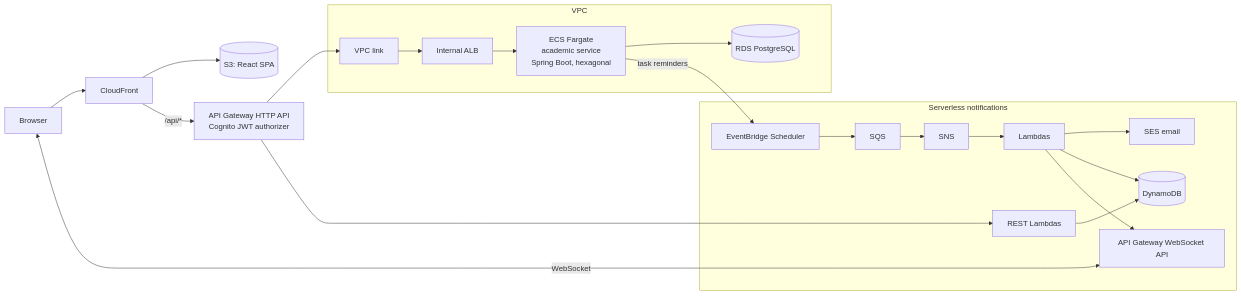
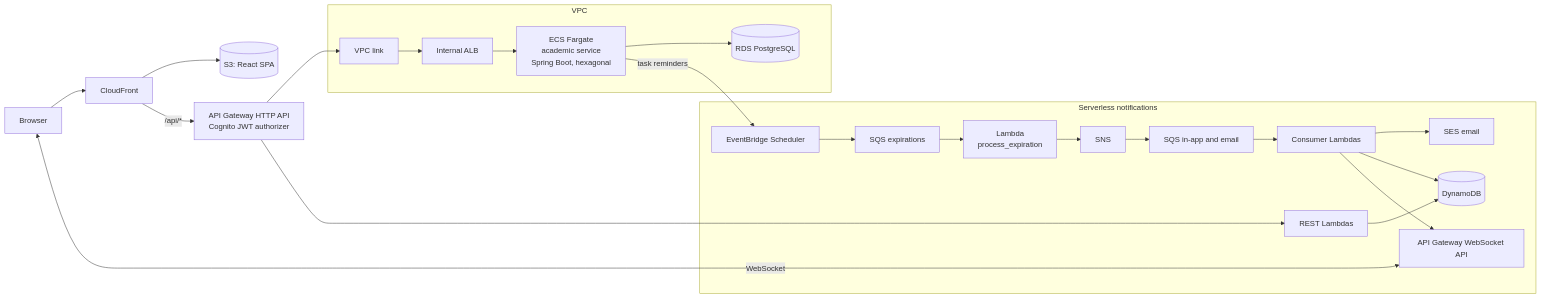
The diagram in README.md (UniFlowProject/uniflow), drawn with Mermaid before and after one commit.

Commit message:
docs: fix notification flow order in README diagram

````diff
--- a/README.md
+++ b/README.md
@@ -7,22 +7,23 @@
 ```mermaid
 flowchart LR
   user["Browser"] --> cf["CloudFront"]
   cf --> s3[("S3: React SPA")]
   cf -->|"/api/*"| http["API Gateway HTTP API<br/>Cognito JWT authorizer"]
   user <-->|"WebSocket"| ws["API Gateway WebSocket API"]
 
   subgraph vpc["VPC"]
     link["VPC link"] --> alb["Internal ALB"] --> ecs["ECS Fargate<br/>academic service<br/>Spring Boot, hexagonal"] --> rds[("RDS PostgreSQL")]
   end
   http --> link
 
   subgraph notif["Serverless notifications"]
     rest["REST Lambdas"] --> ddb[("DynamoDB")]
-    sched["EventBridge Scheduler"] --> sqs["SQS"] --> sns["SNS"] --> lam["Lambdas"]
+    sched["EventBridge Scheduler"] --> qexp["SQS expirations"] --> pe["Lambda<br/>process_expiration"] --> sns["SNS"]
+    sns --> sqs["SQS in-app and email"] --> lam["Consumer Lambdas"]
     lam --> ses["SES email"]
     lam --> ddb
     lam --> ws
   end
   http --> rest
   ecs -->|"task reminders"| sched
 ```
````
